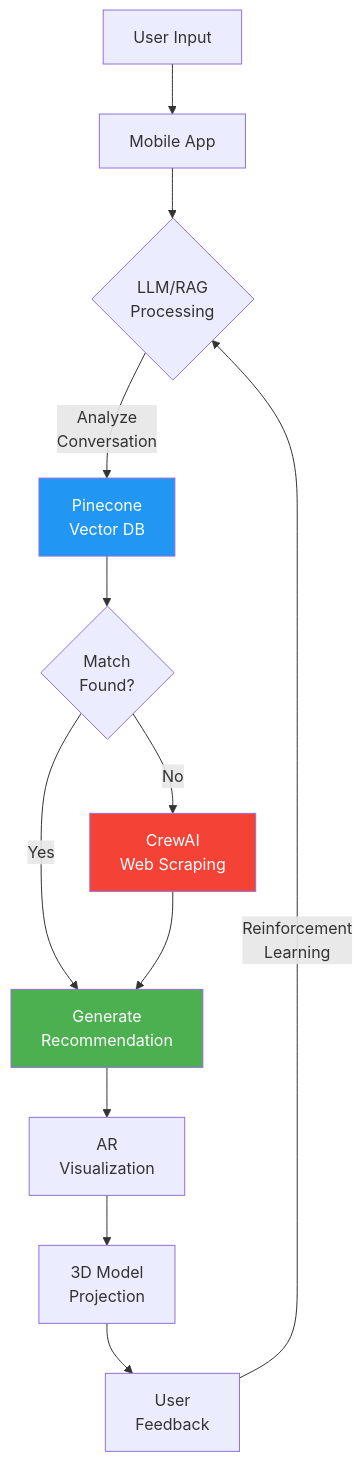
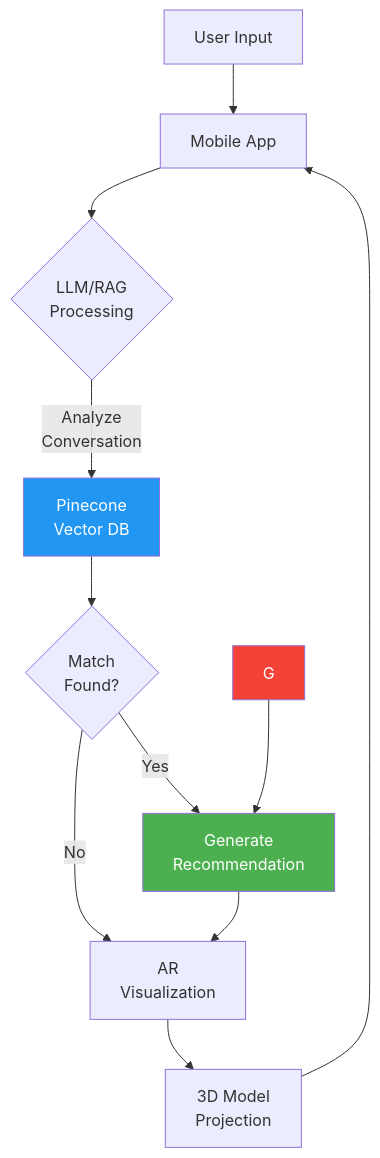
Before and after one commit to Moaz108/Ablakash: the diagram in README.md, drawn with Mermaid.

````diff
--- a/README.md
+++ b/README.md
@@ -63,18 +63,18 @@
 ```mermaid
 graph TD
     A[User Input] --> B[Mobile App]
     B --> C{LLM/RAG<br/>Processing}
     C -->|Analyze<br/>Conversation| D[Pinecone<br/>Vector DB]
     D --> E{Match<br/>Found?}
     E -->|Yes| F[Generate<br/>Recommendation]
-    E -->|No| G[CrewAI<br/>Web Scraping]
+    E -->|No| H[CrewAI<br/>Web Scraping]
     G --> F
     F --> H[AR<br/>Visualization]
     H --> I[3D Model<br/>Projection]
-    I --> J[User<br/>Feedback]
-    J -->|Reinforcement<br/>Learning| C
+    I -->B
+
     
     style F fill:#4CAF50,color:white
     style G fill:#F44336,color:white
     style D fill:#2196F3,color:white
 ```
````
